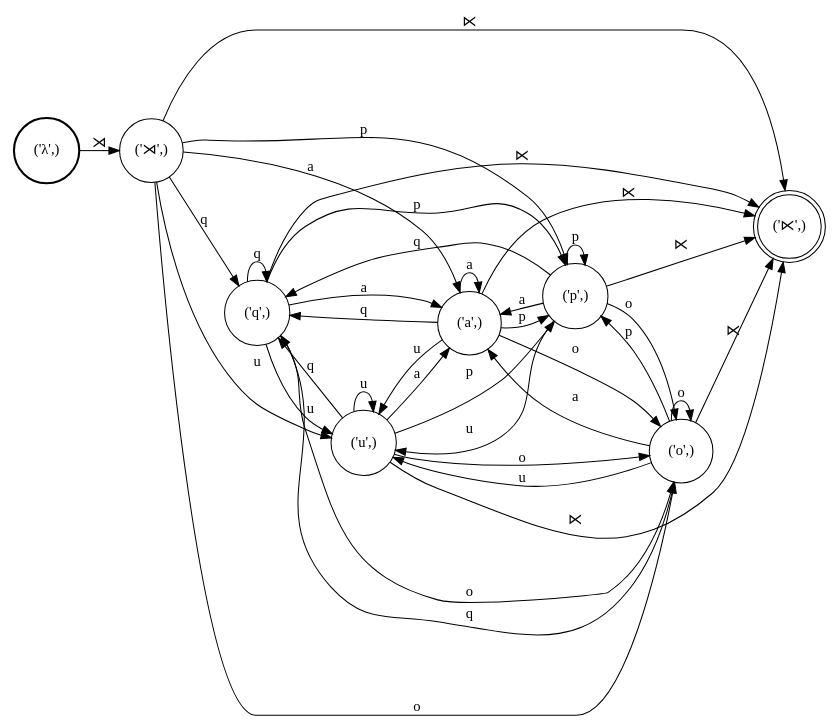
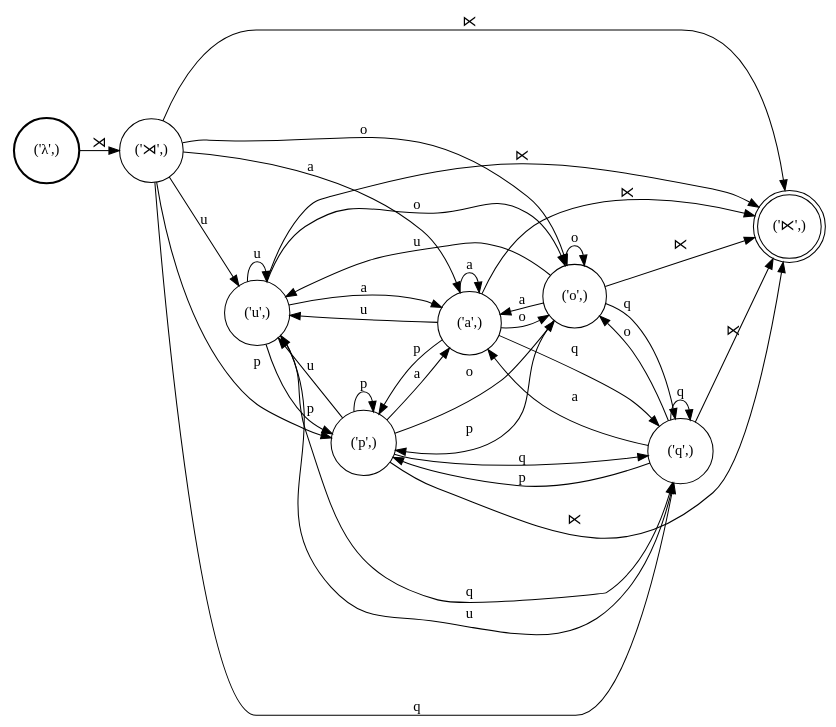
One commit to colincwilson/statgram changed the diagram in demo/quechua/Left_context.dot. Above: the diagram before and after it, drawn with Graphviz. The commit also changed 9 other files, not shown here.

```diff
--- a/demo/quechua/Left_context.dot
+++ b/demo/quechua/Left_context.dot
@@ -1,53 +1,53 @@
 digraph FST {
 rankdir = LR;
 size = "8.5,11";
 center = 1;
 orientation = Portrait;
 ranksep = "0.4";
 nodesep = "0.25";
 0 [label = "('λ',)", shape = circle, style = bold, fontsize = 14]
 	0 -> 1 [label = "⋊", fontsize = 14];
 1 [label = "('⋊',)", shape = circle, style = solid, fontsize = 14]
-	1 -> 2 [label = "q", fontsize = 14];
-	1 -> 3 [label = "u", fontsize = 14];
+	1 -> 2 [label = "u", fontsize = 14];
+	1 -> 3 [label = "p", fontsize = 14];
 	1 -> 4 [label = "a", fontsize = 14];
-	1 -> 5 [label = "o", fontsize = 14];
-	1 -> 6 [label = "p", fontsize = 14];
+	1 -> 5 [label = "q", fontsize = 14];
+	1 -> 6 [label = "o", fontsize = 14];
 	1 -> 7 [label = "⋉", fontsize = 14];
-2 [label = "('q',)", shape = circle, style = solid, fontsize = 14]
-	2 -> 2 [label = "q", fontsize = 14];
-	2 -> 3 [label = "u", fontsize = 14];
+2 [label = "('u',)", shape = circle, style = solid, fontsize = 14]
+	2 -> 2 [label = "u", fontsize = 14];
+	2 -> 3 [label = "p", fontsize = 14];
 	2 -> 4 [label = "a", fontsize = 14];
-	2 -> 5 [label = "o", fontsize = 14];
-	2 -> 6 [label = "p", fontsize = 14];
+	2 -> 5 [label = "q", fontsize = 14];
+	2 -> 6 [label = "o", fontsize = 14];
 	2 -> 7 [label = "⋉", fontsize = 14];
-3 [label = "('u',)", shape = circle, style = solid, fontsize = 14]
-	3 -> 2 [label = "q", fontsize = 14];
-	3 -> 3 [label = "u", fontsize = 14];
+3 [label = "('p',)", shape = circle, style = solid, fontsize = 14]
+	3 -> 2 [label = "u", fontsize = 14];
+	3 -> 3 [label = "p", fontsize = 14];
 	3 -> 4 [label = "a", fontsize = 14];
-	3 -> 5 [label = "o", fontsize = 14];
-	3 -> 6 [label = "p", fontsize = 14];
+	3 -> 5 [label = "q", fontsize = 14];
+	3 -> 6 [label = "o", fontsize = 14];
 	3 -> 7 [label = "⋉", fontsize = 14];
 4 [label = "('a',)", shape = circle, style = solid, fontsize = 14]
-	4 -> 2 [label = "q", fontsize = 14];
-	4 -> 3 [label = "u", fontsize = 14];
+	4 -> 2 [label = "u", fontsize = 14];
+	4 -> 3 [label = "p", fontsize = 14];
 	4 -> 4 [label = "a", fontsize = 14];
-	4 -> 5 [label = "o", fontsize = 14];
-	4 -> 6 [label = "p", fontsize = 14];
+	4 -> 5 [label = "q", fontsize = 14];
+	4 -> 6 [label = "o", fontsize = 14];
 	4 -> 7 [label = "⋉", fontsize = 14];
-5 [label = "('o',)", shape = circle, style = solid, fontsize = 14]
-	5 -> 2 [label = "q", fontsize = 14];
-	5 -> 3 [label = "u", fontsize = 14];
+5 [label = "('q',)", shape = circle, style = solid, fontsize = 14]
+	5 -> 2 [label = "u", fontsize = 14];
+	5 -> 3 [label = "p", fontsize = 14];
 	5 -> 4 [label = "a", fontsize = 14];
-	5 -> 5 [label = "o", fontsize = 14];
-	5 -> 6 [label = "p", fontsize = 14];
+	5 -> 5 [label = "q", fontsize = 14];
+	5 -> 6 [label = "o", fontsize = 14];
 	5 -> 7 [label = "⋉", fontsize = 14];
-6 [label = "('p',)", shape = circle, style = solid, fontsize = 14]
-	6 -> 2 [label = "q", fontsize = 14];
-	6 -> 3 [label = "u", fontsize = 14];
+6 [label = "('o',)", shape = circle, style = solid, fontsize = 14]
+	6 -> 2 [label = "u", fontsize = 14];
+	6 -> 3 [label = "p", fontsize = 14];
 	6 -> 4 [label = "a", fontsize = 14];
-	6 -> 5 [label = "o", fontsize = 14];
-	6 -> 6 [label = "p", fontsize = 14];
+	6 -> 5 [label = "q", fontsize = 14];
+	6 -> 6 [label = "o", fontsize = 14];
 	6 -> 7 [label = "⋉", fontsize = 14];
 7 [label = "('⋉',)", shape = doublecircle, style = solid, fontsize = 14]
 }
```
